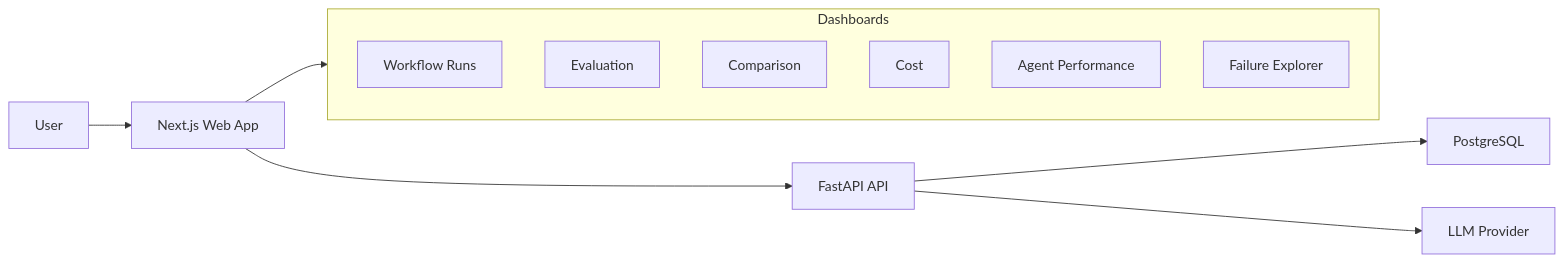
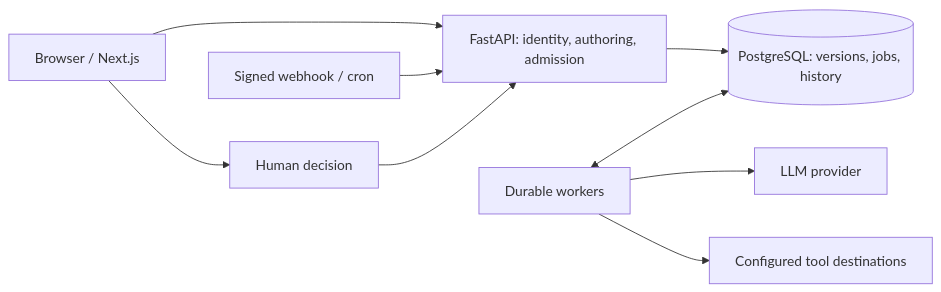
One commit to christiankfoury/agentops-workflow-platform changed the diagram in README.md. Above: the diagram before and after it, drawn with Mermaid. The commit also changed other lines of this file and 27 other files, not shown here.

First line of the commit message:
docs: reconcile durable platform architecture and evidence

````diff
--- a/README.md
+++ b/README.md
@@ -68,24 +55,11 @@
 ```mermaid
 flowchart LR
-    User["User"]
-    Web["Next.js Web App"]
-    API["FastAPI API"]
-    DB["PostgreSQL"]
-    LLM["LLM Provider"]
-
-    User --> Web
-    Web --> API
-    API --> DB
-    API --> LLM
-
-    subgraph Dashboards
-        Runs["Workflow Runs"]
-        Eval["Evaluation"]
-        Compare["Comparison"]
-        Cost["Cost"]
-        Agents["Agent Performance"]
-        Failures["Failure Explorer"]
-    end
-
-    Web --> Dashboards
+    Browser["Browser / Next.js"] --> API["FastAPI: identity, authoring, admission"]
+    Trigger["Signed webhook / cron"] --> API
+    API --> DB[("PostgreSQL: versions, jobs, history")]
+    Worker["Durable workers"] <--> DB
+    Worker --> LLM["LLM provider"]
+    Worker --> Tools["Configured tool destinations"]
+    Browser --> Review["Human decision"]
+    Review --> API
 ```
````
